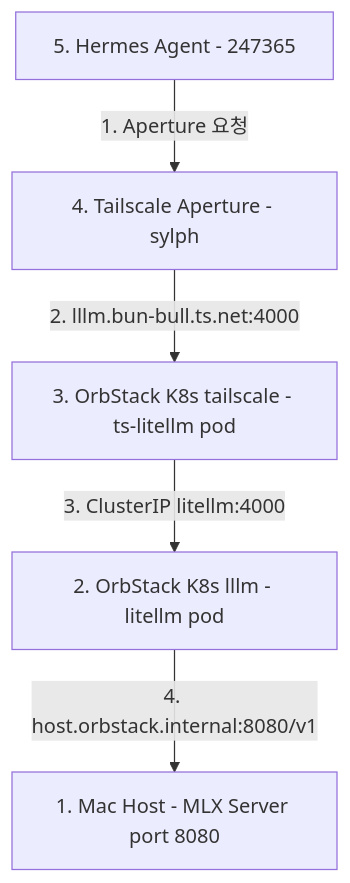
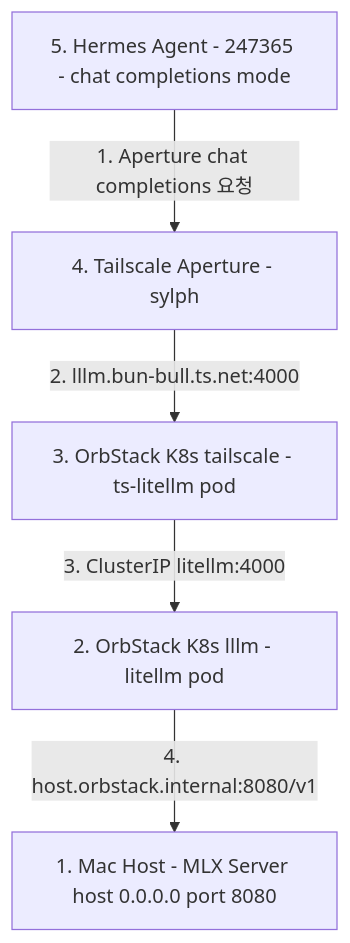
One commit to deuxksy/lllm changed the diagram in docs/superpowers/specs/2026-08-01-mlx-aperture-hermes-design.md. Above: the diagram before and after it, drawn with Mermaid. The commit also changed other lines of this file, not shown here.

Commit message:
docs: incorporate Codex verification feedback into MLX Gemma 4 design spec

````diff
--- a/docs/superpowers/specs/2026-08-01-mlx-aperture-hermes-design.md
+++ b/docs/superpowers/specs/2026-08-01-mlx-aperture-hermes-design.md
@@ -7,13 +7,13 @@
 ```mermaid
 graph TD
-    Mac[1. Mac Host - MLX Server port 8080]
+    Mac[1. Mac Host - MLX Server host 0.0.0.0 port 8080]
     K8sLite[2. OrbStack K8s lllm - litellm pod]
     K8sTS[3. OrbStack K8s tailscale - ts-litellm pod]
     Aperture[4. Tailscale Aperture - sylph]
-    Hermes[5. Hermes Agent - 247365]
+    Hermes[5. Hermes Agent - 247365 - chat completions mode]
 
-    Hermes -->|1. Aperture 요청| Aperture
+    Hermes -->|1. Aperture chat completions 요청| Aperture
     Aperture -->|2. lllm.bun-bull.ts.net:4000| K8sTS
     K8sTS -->|3. ClusterIP litellm:4000| K8sLite
     K8sLite -->|4. host.orbstack.internal:8080/v1| Mac
 ```
````
